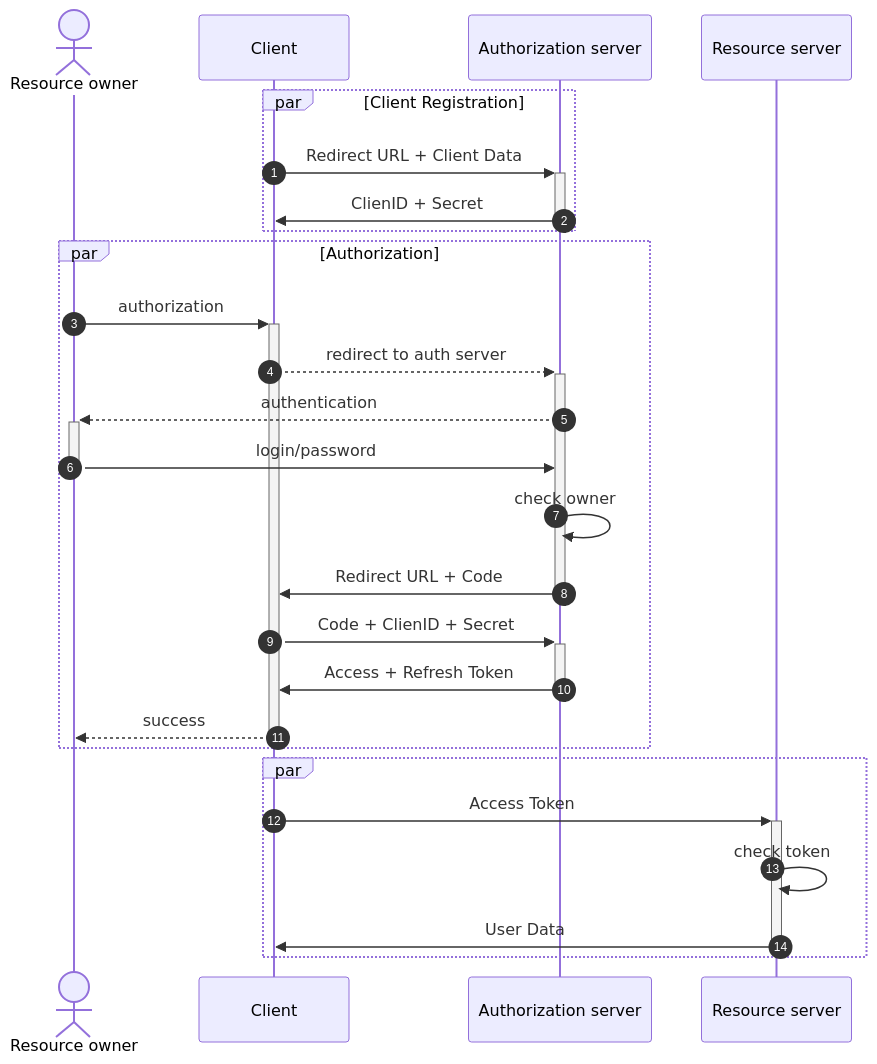
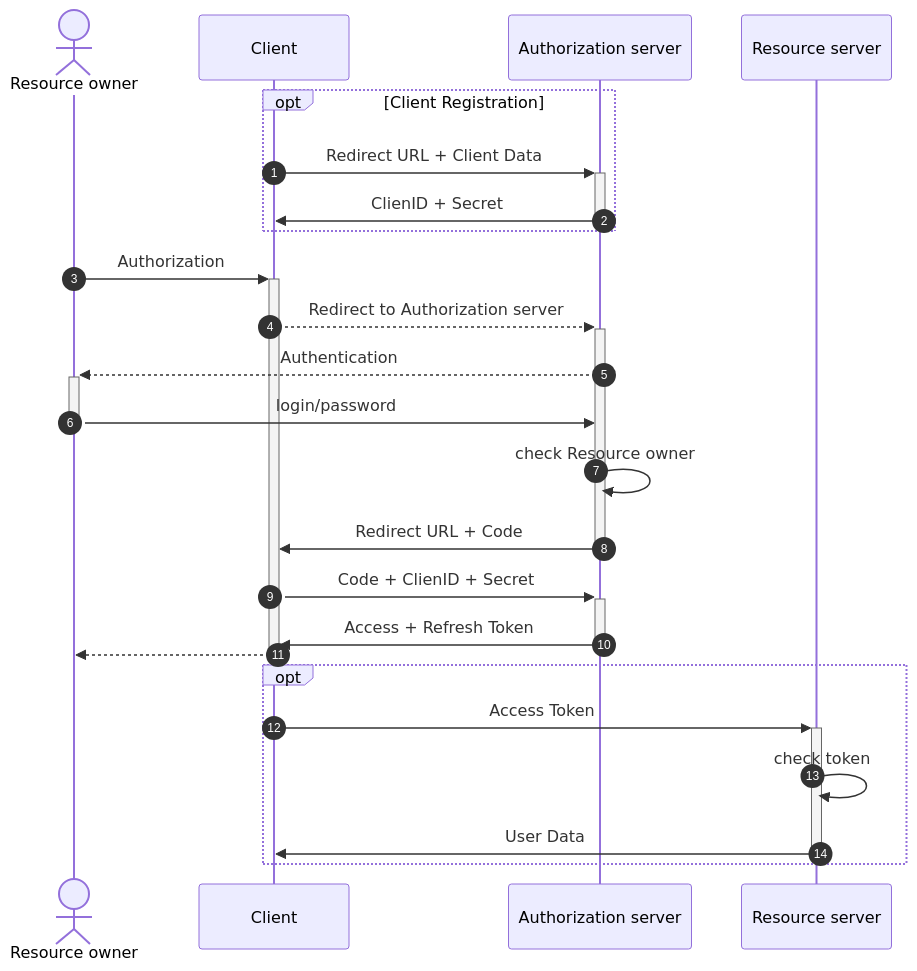
Before and after one commit to danzay42/Wiki: the third of 3 diagrams in CS/Authorization.md, drawn with Mermaid.

Commit message:
vault backup: 2023-08-16 23:34:19
Affected files:
CS/Authorization.md

````diff
--- a/CS/Authorization.md
+++ b/CS/Authorization.md
@@ -93,31 +93,29 @@
 ```mermaid
 sequenceDiagram
 	autonumber
 	actor o as Resource owner
 	participant c as Client
 	participant a as Authorization server
 	participant r as Resource server
 
-	par Client Registration
+	opt Client Registration
 		c ->>+ a: Redirect URL + Client Data
 		a ->>- c: ClienID + Secret
 	end
 
-	par Authorization
-		o ->>+ c: authorization
-			c -->>+ a: redirect to auth server
-				a -->>+ o: authentication
-				o ->>- a: login/password
-				a ->> a: check owner
-				a ->>- c: Redirect URL + Code
-				c ->>+ a: Code + ClienID + Secret
-			a ->>- c: Access + Refresh Token
-		c -->>- o: success
-	end
+	o ->>+ c: Authorization
+		c -->>+ a: Redirect to Authorization server
+			a -->>+ o: Authentication
+			o ->>- a: login/password
+			a ->> a: check Resource owner
+			a ->>- c: Redirect URL + Code
+			c ->>+ a: Code + ClienID + Secret
+		a ->>- c: Access + Refresh Token
+	c -->>- o: 
 
-	par
+	opt
 		c ->>+ r: Access Token
 		r ->> r: check token
 		r ->>- c: User Data
 	end
 ```
````
